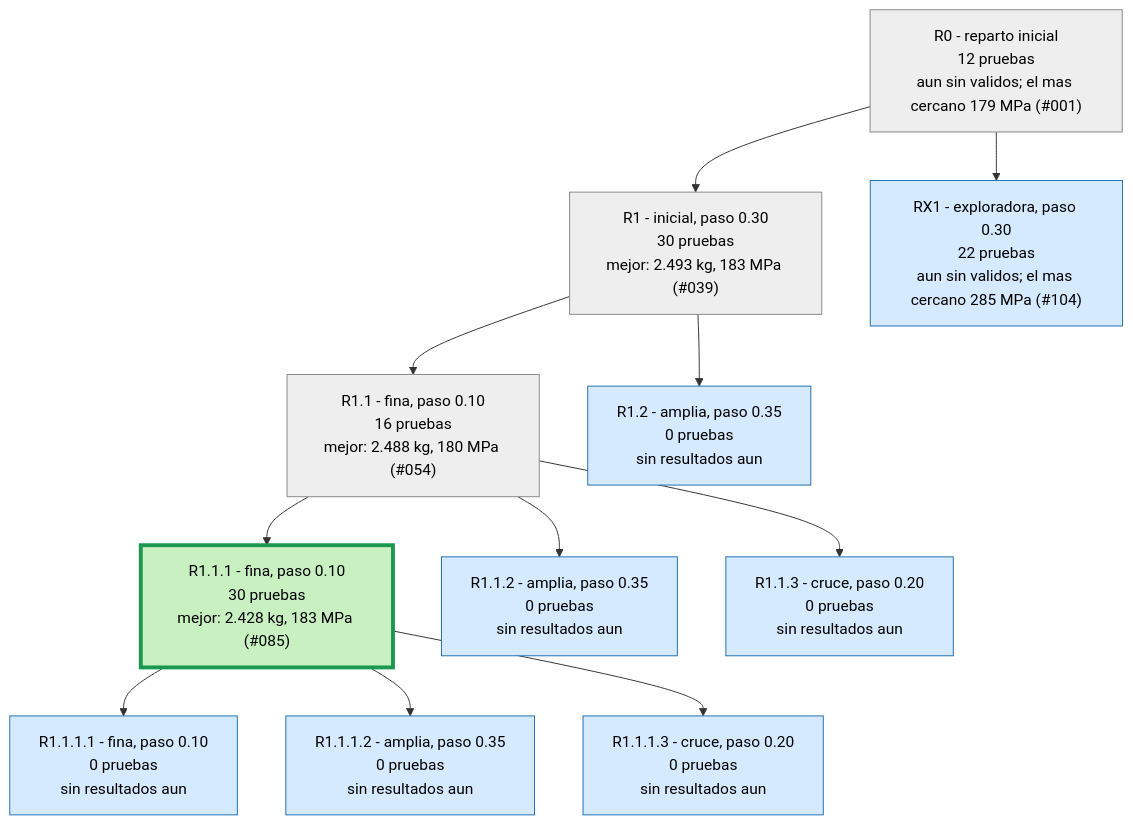
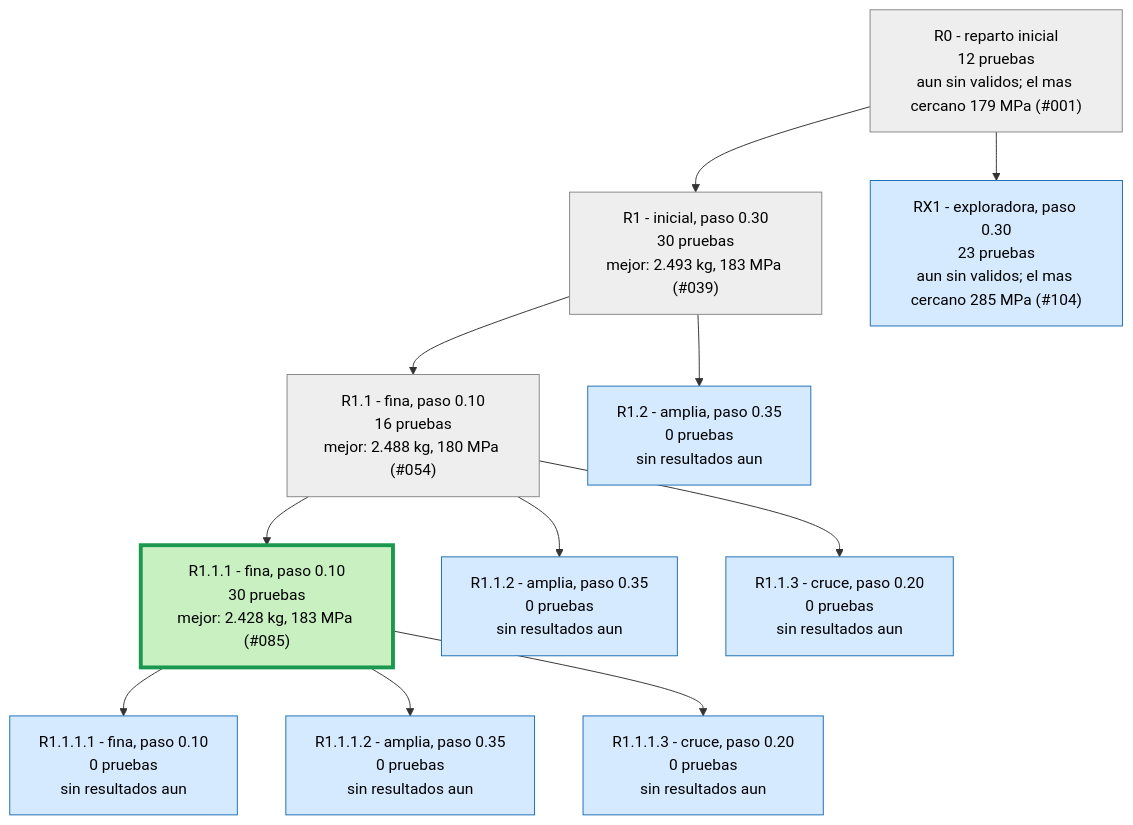
The second of 3 diagrams in runs/opt_37800N/ARBOL.md (Hugiko/msd-soporte-optimizacion), drawn with Mermaid before and after one commit. The commit also changed 19 other files, not shown here.

````diff
--- a/runs/opt_37800N/ARBOL.md
+++ b/runs/opt_37800N/ARBOL.md
@@ -29,27 +29,27 @@
 ```mermaid
 graph TD
 classDef activa fill:#d6eaff,stroke:#1f6fb5,color:#000
 classDef fin fill:#eeeeee,stroke:#888,color:#000
 classDef mejor fill:#c8f0c0,stroke:#1a9850,stroke-width:4px,color:#000
 R0["R0 - reparto inicial<br/>12 pruebas<br/>aun sin validos; el mas cercano 179 MPa (#001)"]:::fin
 R1["R1 - inicial, paso 0.30<br/>30 pruebas<br/>mejor: 2.493 kg, 183 MPa (#039)"]:::fin
 R0 --> R1
 R1_1["R1.1 - fina, paso 0.10<br/>16 pruebas<br/>mejor: 2.488 kg, 180 MPa (#054)"]:::fin
 R1 --> R1_1
 R1_2["R1.2 - amplia, paso 0.35<br/>0 pruebas<br/>sin resultados aun"]:::activa
 R1 --> R1_2
 R1_1_1["R1.1.1 - fina, paso 0.10<br/>30 pruebas<br/>mejor: 2.428 kg, 183 MPa (#085)"]:::mejor
 R1_1 --> R1_1_1
 R1_1_2["R1.1.2 - amplia, paso 0.35<br/>0 pruebas<br/>sin resultados aun"]:::activa
 R1_1 --> R1_1_2
 R1_1_3["R1.1.3 - cruce, paso 0.20<br/>0 pruebas<br/>sin resultados aun"]:::activa
 R1_1 --> R1_1_3
 R1_1_1_1["R1.1.1.1 - fina, paso 0.10<br/>0 pruebas<br/>sin resultados aun"]:::activa
 R1_1_1 --> R1_1_1_1
 R1_1_1_2["R1.1.1.2 - amplia, paso 0.35<br/>0 pruebas<br/>sin resultados aun"]:::activa
 R1_1_1 --> R1_1_1_2
 R1_1_1_3["R1.1.1.3 - cruce, paso 0.20<br/>0 pruebas<br/>sin resultados aun"]:::activa
 R1_1_1 --> R1_1_1_3
-RX1["RX1 - exploradora, paso 0.30<br/>22 pruebas<br/>aun sin validos; el mas cercano 285 MPa (#104)"]:::activa
+RX1["RX1 - exploradora, paso 0.30<br/>23 pruebas<br/>aun sin validos; el mas cercano 285 MPa (#104)"]:::activa
 R0 --> RX1
 ```
````
